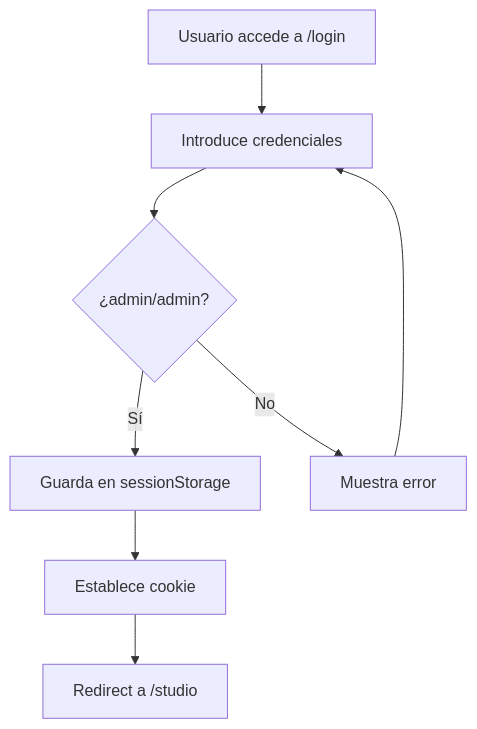
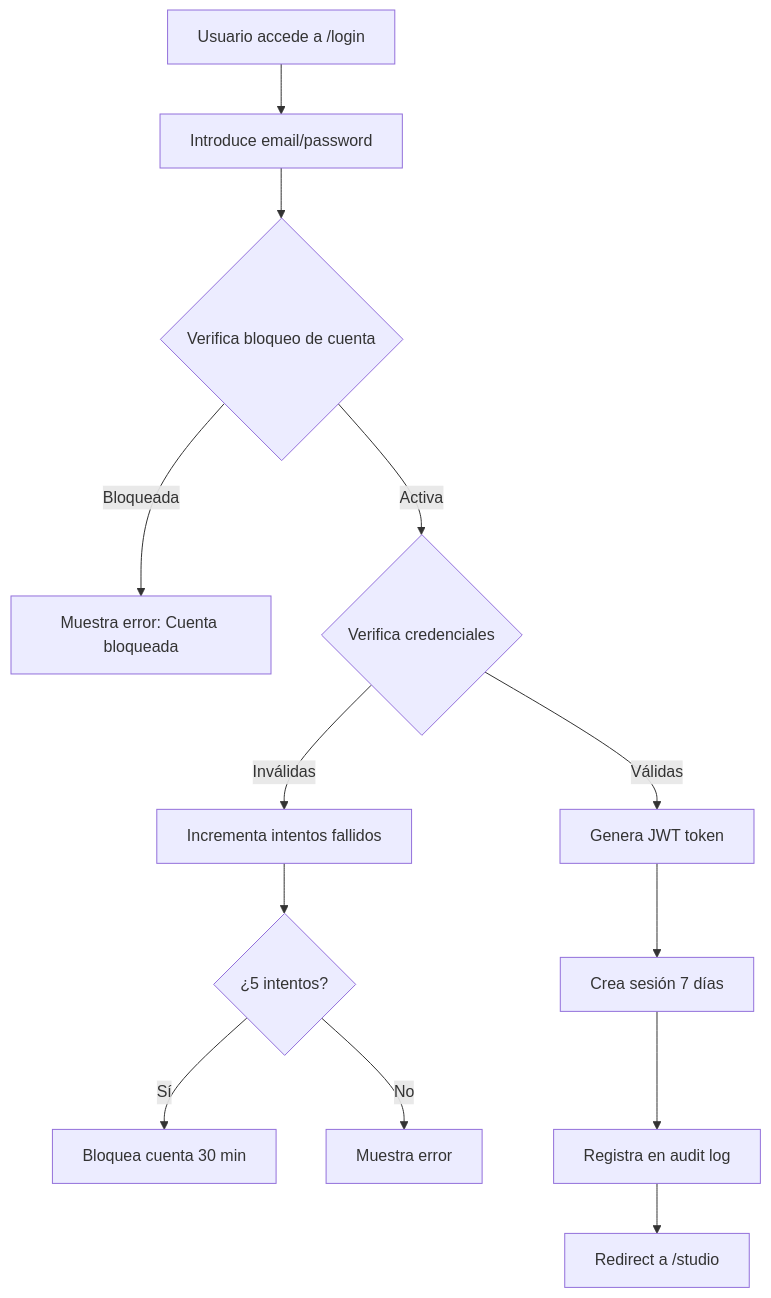
Before and after one commit to DabtcAvila/Dafel-Technologies: the first of 2 diagrams in frontend/AUTH_CONTEXT.md, drawn with Mermaid. The commit also changed other lines of this file, not shown here.

````diff
--- a/frontend/AUTH_CONTEXT.md
+++ b/frontend/AUTH_CONTEXT.md
@@ -30,10 +34,15 @@
 ```mermaid
 graph TD
-    A[Usuario accede a /login] --> B[Introduce credenciales]
-    B --> C{¿admin/admin?}
-    C -->|Sí| D[Guarda en sessionStorage]
-    D --> E[Establece cookie]
-    E --> F[Redirect a /studio]
-    C -->|No| G[Muestra error]
-    G --> B
+    A[Usuario accede a /login] --> B[Introduce email/password]
+    B --> C{Verifica bloqueo de cuenta}
+    C -->|Bloqueada| D[Muestra error: Cuenta bloqueada]
+    C -->|Activa| E{Verifica credenciales}
+    E -->|Inválidas| F[Incrementa intentos fallidos]
+    F --> G{¿5 intentos?}
+    G -->|Sí| H[Bloquea cuenta 30 min]
+    G -->|No| I[Muestra error]
+    E -->|Válidas| J[Genera JWT token]
+    J --> K[Crea sesión 7 días]
+    K --> L[Registra en audit log]
+    L --> M[Redirect a /studio]
 ```
````
